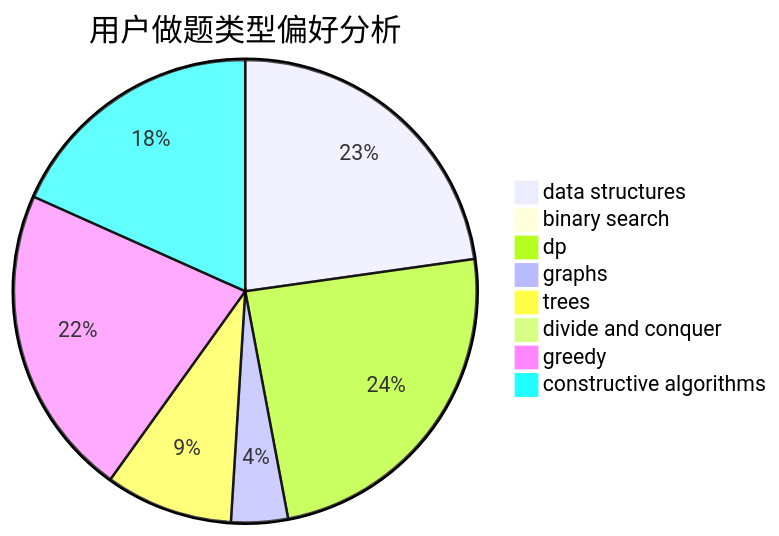
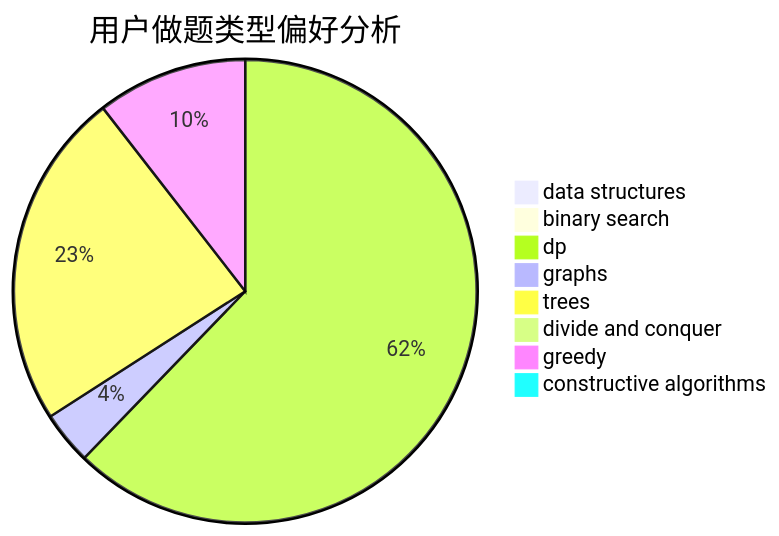
Before and after one commit to sherpahu/cfrs.github.io: the second of 3 diagrams in docs/user/u2190.md, drawn with Mermaid. The commit also changed other lines of this file and 2770 other files, not shown here.

````diff
--- a/docs/user/u2190.md
+++ b/docs/user/u2190.md
@@ -23,11 +23,11 @@
 ```mermaid
 pie title 用户做题类型偏好分析
-    "data structures" :  46
-    "binary search" :  2
-    "dp" :  49
-    "graphs" :  8
-    "trees" :  18
+    "data structures" :  1
+    "binary search" :  0
+    "dp" :  219
+    "graphs" :  13
+    "trees" :  83
     "divide and conquer" :  0
-    "greedy" :  44
-    "constructive algorithms" :  37
+    "greedy" :  37
+    "constructive algorithms" :  2
 ```
````
